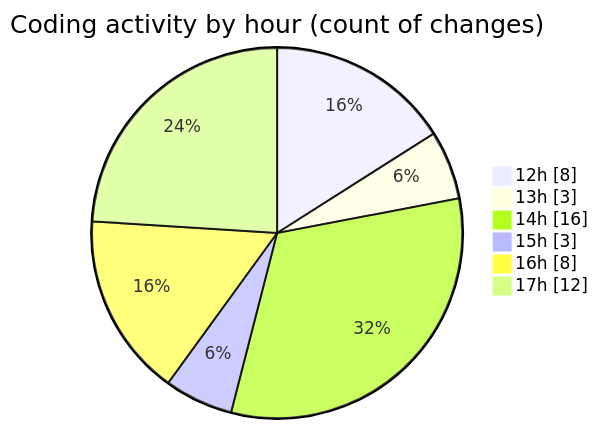
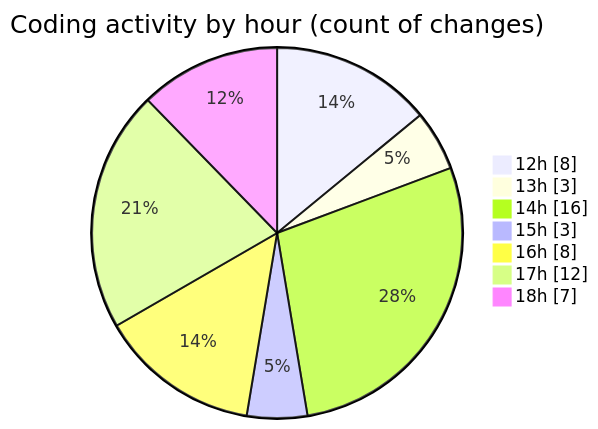
One commit to nxtqubesakshisongat/code-tracking changed the second of 2 diagrams in 2025-08-08/nxtqube_webapp/README.md. Above: the diagram before and after it, drawn with Mermaid. The commit also changed other lines of this file and 1 other file, not shown here.

````diff
--- a/2025-08-08/nxtqube_webapp/README.md
+++ b/2025-08-08/nxtqube_webapp/README.md
@@ -35,10 +36,11 @@
 ```mermaid
 pie showData
 title Coding activity by hour (count of changes)
 "12h" : 8
 "13h" : 3
 "14h" : 16
 "15h" : 3
 "16h" : 8
 "17h" : 12
+"18h" : 7
 ```
````
